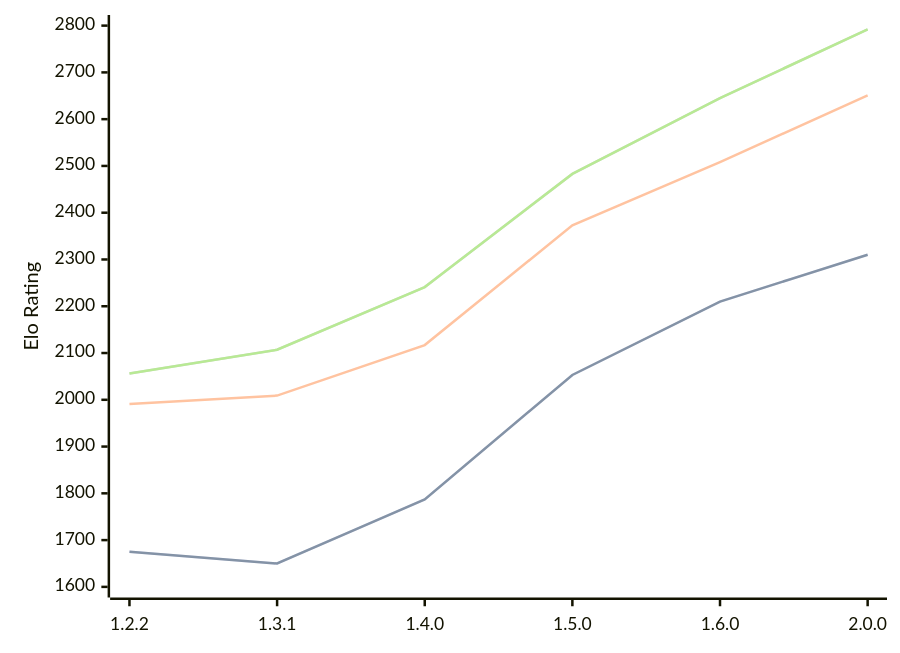
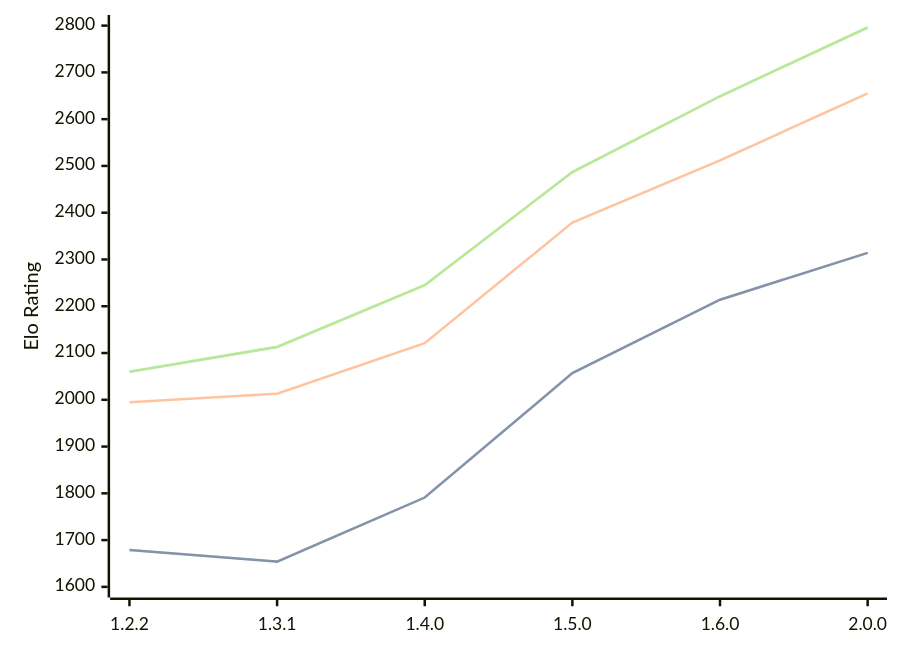
One commit to computer-chess-index/cci changed the diagram in engines/SoloEngine.md. Above: the diagram before and after it, drawn with Mermaid. The commit also changed other lines of this file, not shown here.

Commit message:
Update CCI Ratings (ELO VLTC) - 2026-04-18

````diff
--- a/engines/SoloEngine.md
+++ b/engines/SoloEngine.md
@@ -37,11 +37,11 @@
 ```mermaid
 %%{init: {"theme":"base","themeVariables":{"seriesColors:['#a3a3a3','#222221','#faa371']}}}%%
 xychart-beta
   x-axis ["1.2.2", "1.3.1", "1.4.0", "1.5.0", "1.6.0", "2.0.0"]
   y-axis "Elo Rating" 1600 --> 2800
-  line "STC (8.0+0.08s)" [1675, 1650, 1787, 2053, 2210, 2310]
-  line "STC (8.0+0.08s)" [1675, 1650, 1787, 2053, 2210, 2310]
-  line "LTC (60.0+0.60s)" [1991, 2009, 2117, 2373, 2508, 2651]
-  line "VLTC (2m24s+1.12s)" [2056, 2107, 2241, 2483, 2645, 2792]
-  line "VLTC (2m24s+1.12s)" [2056, 2107, 2241, 2483, 2645, 2792]
+  line "STC (8.0+0.08s)" [1679, 1654, 1791, 2057, 2214, 2314]
+  line "STC (8.0+0.08s)" [1679, 1654, 1791, 2057, 2214, 2314]
+  line "LTC (60.0+0.60s)" [1995, 2013, 2121, 2379, 2512, 2655]
+  line "VLTC (2m24s+1.12s)" [2060, 2113, 2245, 2487, 2649, 2796]
+  line "VLTC (2m24s+1.12s)" [2060, 2113, 2245, 2487, 2649, 2796]
 ```
````
